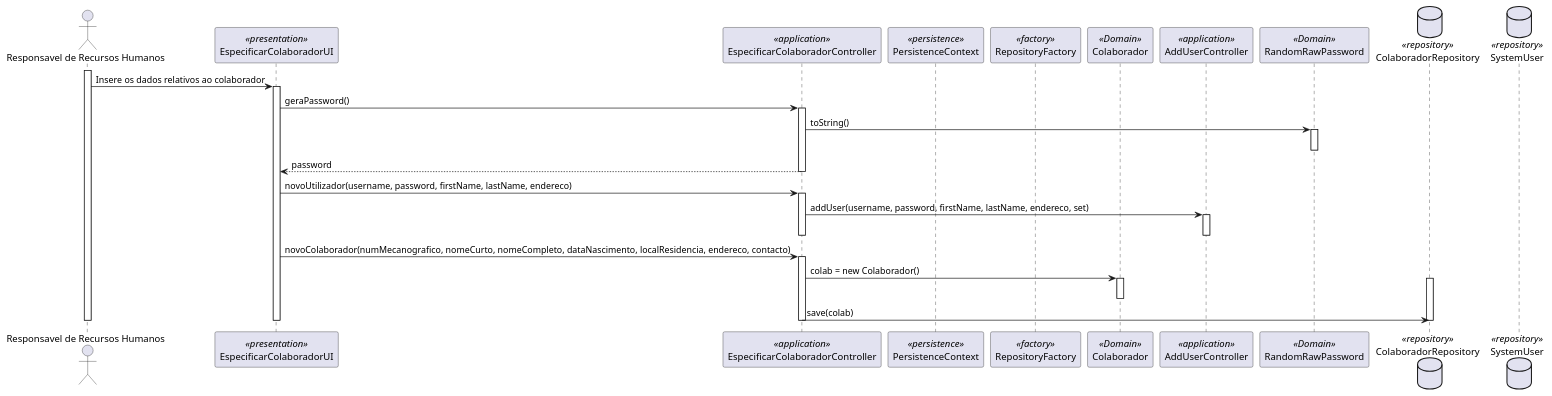
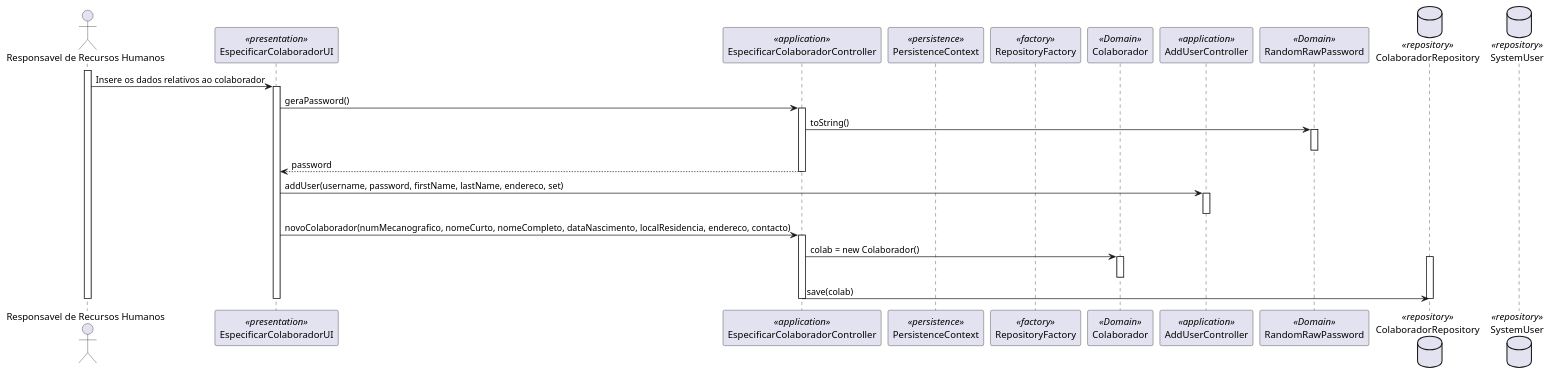
The diagram in docs/US2051/SD_Responsavel_Recursos_Humanos.puml (pedrolemos4/LAPR4), drawn with PlantUML before and after one commit. The commit also changed 8 other files, not shown here.

```diff
--- a/docs/US2051/SD_Responsavel_Recursos_Humanos.puml
+++ b/docs/US2051/SD_Responsavel_Recursos_Humanos.puml
@@ -1,44 +1,42 @@
 skinparam defaultFontName FG Virgil
 skinparam shadowing false
 
 Actor "Responsavel de Recursos Humanos" as Actor
 participant EspecificarColaboradorUI as UI <<presentation>>
 participant EspecificarColaboradorController as Controller <<application>>
 participant PersistenceContext as Persistence <<persistence>>
 participant RepositoryFactory as Factory <<factory>>
 participant Colaborador as Colaborador <<Domain>>
 participant AddUserController as UserController <<application>>
 participant RandomRawPassword as RandomRawPassword <<Domain>>
 database ColaboradorRepository as CRepository <<repository>>
 database SystemUser as URepository <<repository>>
 
 
 activate Actor
       Actor -> UI: Insere os dados relativos ao colaborador
     activate UI
       UI -> Controller: geraPassword()
     activate Controller
       Controller->RandomRawPassword: toString()
     activate RandomRawPassword
     deactivate RandomRawPassword
       Controller-->UI: password
     deactivate Controller
-      UI -> Controller: novoUtilizador(username, password, firstName, lastName, endereco)
-    activate Controller
-      Controller->UserController: addUser(username, password, firstName, lastName, endereco, set)
+      UI->UserController: addUser(username, password, firstName, lastName, endereco, set)
     activate UserController
     deactivate UserController
     deactivate Controller
       UI -> Controller: novoColaborador(numMecanografico, nomeCurto, nomeCompleto, dataNascimento, localResidencia, endereco, contacto)
     activate Controller 
       Controller -> Colaborador: colab = new Colaborador()
     activate Colaborador
     deactivate Colaborador
     activate CRepository
       Controller -> CRepository: save(colab)
     deactivate CRepository
     deactivate Controller
     deactivate UI
 
 deactivate Actor
 @enduml
```
